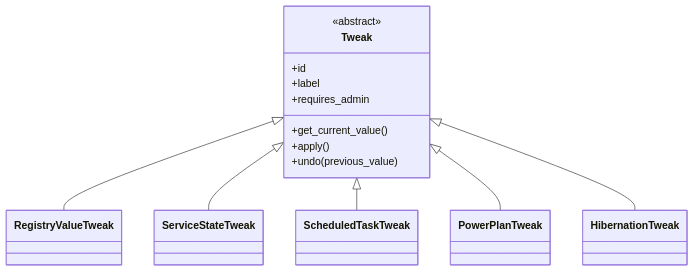
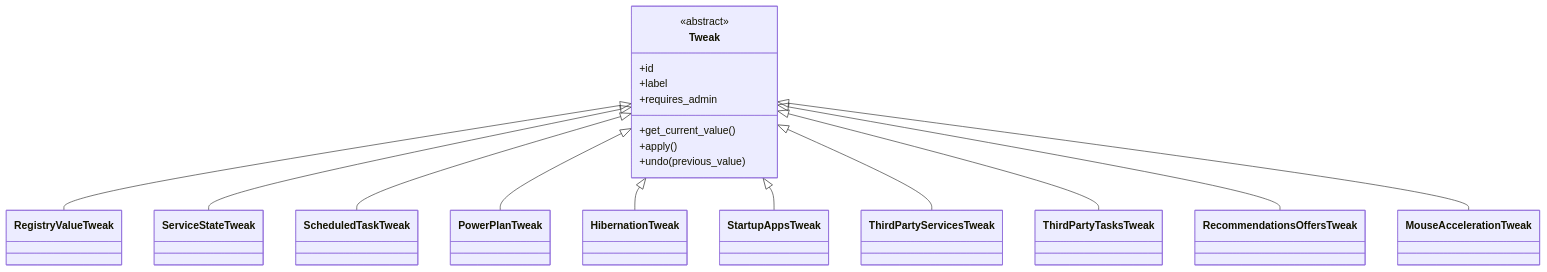
Before and after one commit to Grolla05/System_Boost: the third of 5 diagrams in docs/funcionamento.md, drawn with Mermaid. The commit also changed other lines of this file and 36 other files, not shown here.

````diff
--- a/docs/funcionamento.md
+++ b/docs/funcionamento.md
@@ -162,17 +161,22 @@
 ```mermaid
 classDiagram
     class Tweak {
         <<abstract>>
         +id
         +label
         +requires_admin
         +get_current_value()
         +apply()
         +undo(previous_value)
     }
     Tweak <|-- RegistryValueTweak
     Tweak <|-- ServiceStateTweak
     Tweak <|-- ScheduledTaskTweak
     Tweak <|-- PowerPlanTweak
     Tweak <|-- HibernationTweak
+    Tweak <|-- StartupAppsTweak
+    Tweak <|-- ThirdPartyServicesTweak
+    Tweak <|-- ThirdPartyTasksTweak
+    Tweak <|-- RecommendationsOffersTweak
+    Tweak <|-- MouseAccelerationTweak
 ```
````
